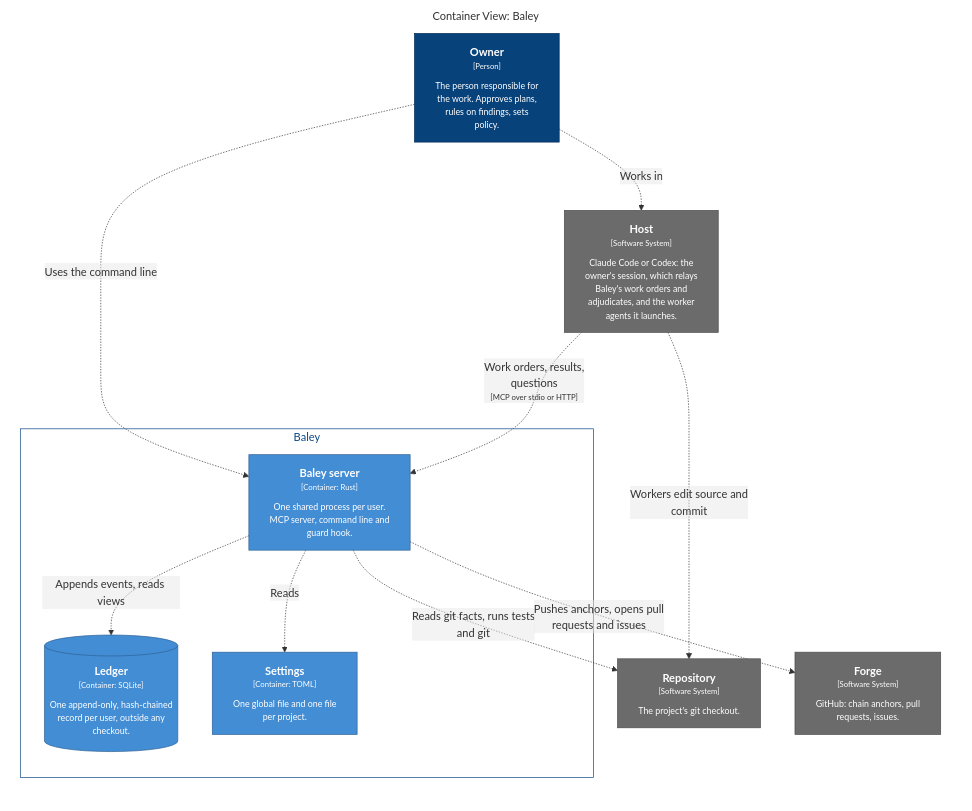
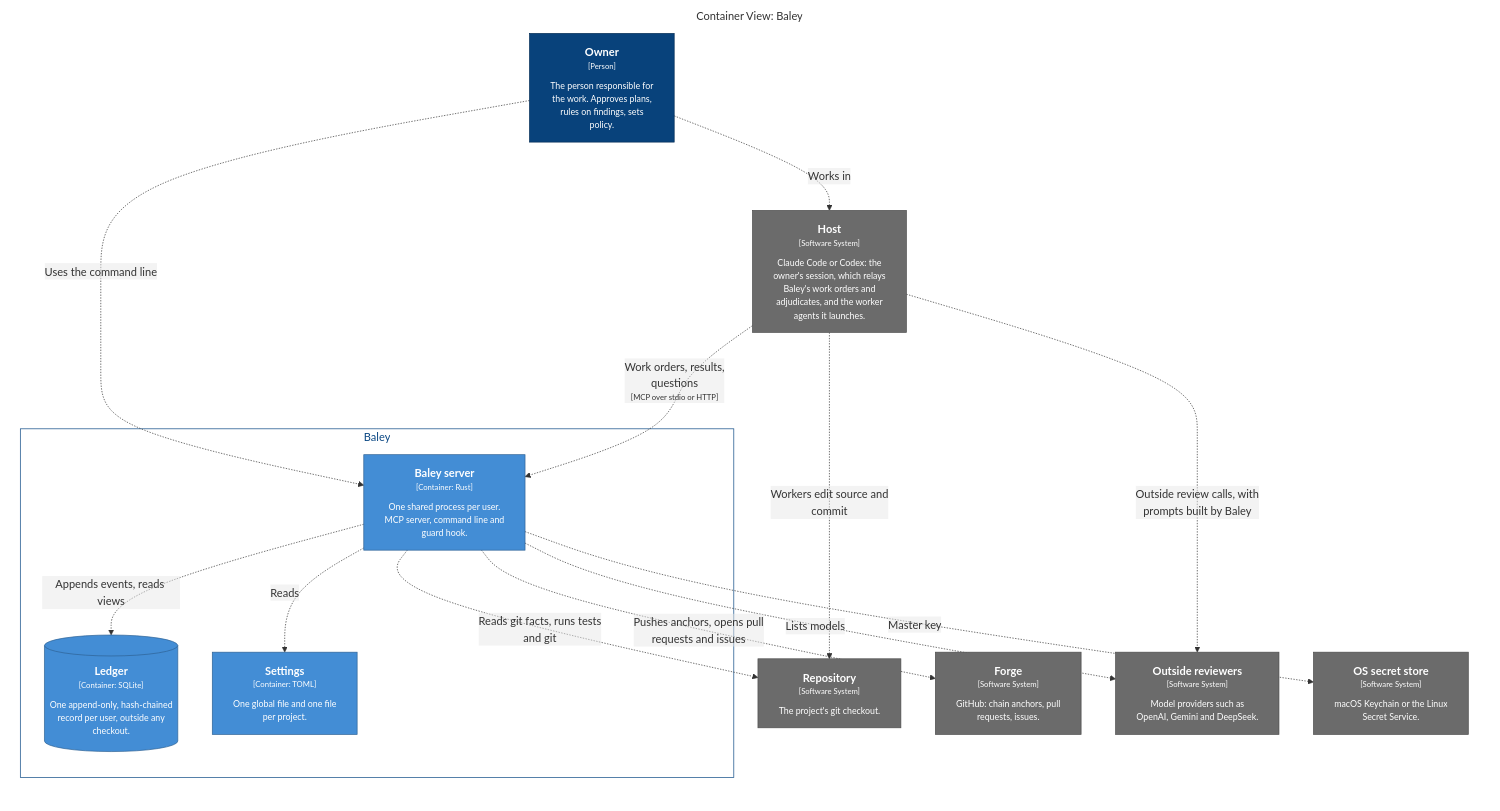
One commit to crenshawdev/baley changed the third of 4 diagrams in docs/design/0002-system-design.md. Above: the diagram before and after it, drawn with Mermaid. The commit also changed other lines of this file and 3 other files, not shown here.

````diff
--- a/docs/design/0002-system-design.md
+++ b/docs/design/0002-system-design.md
@@ -146,38 +154,45 @@
 ```mermaid
 graph LR
   linkStyle default fill:none
 
   subgraph diagram ["Container View: Baley"]
     style diagram fill:none,stroke:none
 
     1["<div style='font-weight: bold'>Owner</div><div style='font-size: 70%; margin-top: 0px'>[Person]</div><div style='font-size: 80%; margin-top:10px'>The person responsible for<br />the work. Approves plans,<br />rules on findings, sets<br />policy.</div>"]
     style 1 fill:#08427b,stroke:#052e56,color:#ffffff
-    12["<div style='font-weight: bold'>Host</div><div style='font-size: 70%; margin-top: 0px'>[Software System]</div><div style='font-size: 80%; margin-top:10px'>Claude Code or Codex: the<br />owner's session, which relays<br />Baley's work orders and<br />adjudicates, and the worker<br />agents it launches.</div>"]
-    style 12 fill:#6b6b6b,stroke:#4d4d4d,color:#ffffff
-    13["<div style='font-weight: bold'>Repository</div><div style='font-size: 70%; margin-top: 0px'>[Software System]</div><div style='font-size: 80%; margin-top:10px'>The project's git checkout.</div>"]
-    style 13 fill:#6b6b6b,stroke:#4d4d4d,color:#ffffff
-    14["<div style='font-weight: bold'>Forge</div><div style='font-size: 70%; margin-top: 0px'>[Software System]</div><div style='font-size: 80%; margin-top:10px'>GitHub: chain anchors, pull<br />requests, issues.</div>"]
+    14["<div style='font-weight: bold'>Host</div><div style='font-size: 70%; margin-top: 0px'>[Software System]</div><div style='font-size: 80%; margin-top:10px'>Claude Code or Codex: the<br />owner's session, which relays<br />Baley's work orders and<br />adjudicates, and the worker<br />agents it launches.</div>"]
     style 14 fill:#6b6b6b,stroke:#4d4d4d,color:#ffffff
+    15["<div style='font-weight: bold'>Repository</div><div style='font-size: 70%; margin-top: 0px'>[Software System]</div><div style='font-size: 80%; margin-top:10px'>The project's git checkout.</div>"]
+    style 15 fill:#6b6b6b,stroke:#4d4d4d,color:#ffffff
+    16["<div style='font-weight: bold'>Forge</div><div style='font-size: 70%; margin-top: 0px'>[Software System]</div><div style='font-size: 80%; margin-top:10px'>GitHub: chain anchors, pull<br />requests, issues.</div>"]
+    style 16 fill:#6b6b6b,stroke:#4d4d4d,color:#ffffff
+    17["<div style='font-weight: bold'>Outside reviewers</div><div style='font-size: 70%; margin-top: 0px'>[Software System]</div><div style='font-size: 80%; margin-top:10px'>Model providers such as<br />OpenAI, Gemini and DeepSeek.</div>"]
+    style 17 fill:#6b6b6b,stroke:#4d4d4d,color:#ffffff
+    18["<div style='font-weight: bold'>OS secret store</div><div style='font-size: 70%; margin-top: 0px'>[Software System]</div><div style='font-size: 80%; margin-top:10px'>macOS Keychain or the Linux<br />Secret Service.</div>"]
+    style 18 fill:#6b6b6b,stroke:#4d4d4d,color:#ffffff
 
     subgraph 2 ["Baley"]
       style 2 fill:none,stroke:#0b4884,color:#0b4884
 
-      10[("<div style='font-weight: bold'>Ledger</div><div style='font-size: 70%; margin-top: 0px'>[Container: SQLite]</div><div style='font-size: 80%; margin-top:10px'>One append-only, hash-chained<br />record per user, outside any<br />checkout.</div>")]
-      style 10 fill:#438dd5,stroke:#2e6295,color:#ffffff
-      11["<div style='font-weight: bold'>Settings</div><div style='font-size: 70%; margin-top: 0px'>[Container: TOML]</div><div style='font-size: 80%; margin-top:10px'>One global file and one file<br />per project.</div>"]
-      style 11 fill:#438dd5,stroke:#2e6295,color:#ffffff
+      12[("<div style='font-weight: bold'>Ledger</div><div style='font-size: 70%; margin-top: 0px'>[Container: SQLite]</div><div style='font-size: 80%; margin-top:10px'>One append-only, hash-chained<br />record per user, outside any<br />checkout.</div>")]
+      style 12 fill:#438dd5,stroke:#2e6295,color:#ffffff
+      13["<div style='font-weight: bold'>Settings</div><div style='font-size: 70%; margin-top: 0px'>[Container: TOML]</div><div style='font-size: 80%; margin-top:10px'>One global file and one file<br />per project.</div>"]
+      style 13 fill:#438dd5,stroke:#2e6295,color:#ffffff
       3["<div style='font-weight: bold'>Baley server</div><div style='font-size: 70%; margin-top: 0px'>[Container: Rust]</div><div style='font-size: 80%; margin-top:10px'>One shared process per user.<br />MCP server, command line and<br />guard hook.</div>"]
       style 3 fill:#438dd5,stroke:#2e6295,color:#ffffff
     end
 
-    1-. "<div>Works in</div><div style='font-size: 70%'></div>" .->12
+    1-. "<div>Works in</div><div style='font-size: 70%'></div>" .->14
     1-. "<div>Uses the command line</div><div style='font-size: 70%'></div>" .->3
-    12-. "<div>Work orders, results,<br />questions</div><div style='font-size: 70%'>[MCP over stdio or HTTP]</div>" .->3
-    12-. "<div>Workers edit source and<br />commit</div><div style='font-size: 70%'></div>" .->13
-    3-. "<div>Reads</div><div style='font-size: 70%'></div>" .->11
-    3-. "<div>Appends events, reads views</div><div style='font-size: 70%'></div>" .->10
-    3-. "<div>Reads git facts, runs tests<br />and git</div><div style='font-size: 70%'></div>" .->13
-    3-. "<div>Pushes anchors, opens pull<br />requests and issues</div><div style='font-size: 70%'></div>" .->14
+    14-. "<div>Work orders, results,<br />questions</div><div style='font-size: 70%'>[MCP over stdio or HTTP]</div>" .->3
+    14-. "<div>Workers edit source and<br />commit</div><div style='font-size: 70%'></div>" .->15
+    14-. "<div>Outside review calls, with<br />prompts built by Baley</div><div style='font-size: 70%'></div>" .->17
+    3-. "<div>Reads</div><div style='font-size: 70%'></div>" .->13
+    3-. "<div>Master key</div><div style='font-size: 70%'></div>" .->18
+    3-. "<div>Lists models</div><div style='font-size: 70%'></div>" .->17
+    3-. "<div>Appends events, reads views</div><div style='font-size: 70%'></div>" .->12
+    3-. "<div>Reads git facts, runs tests<br />and git</div><div style='font-size: 70%'></div>" .->15
+    3-. "<div>Pushes anchors, opens pull<br />requests and issues</div><div style='font-size: 70%'></div>" .->16
 
   end
 ```
````
